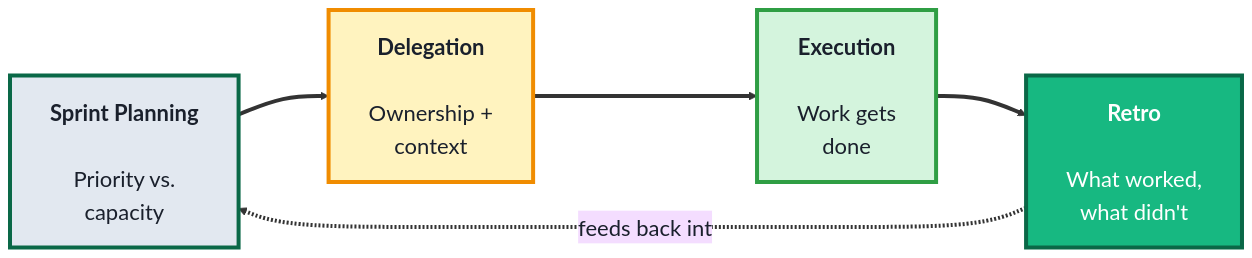
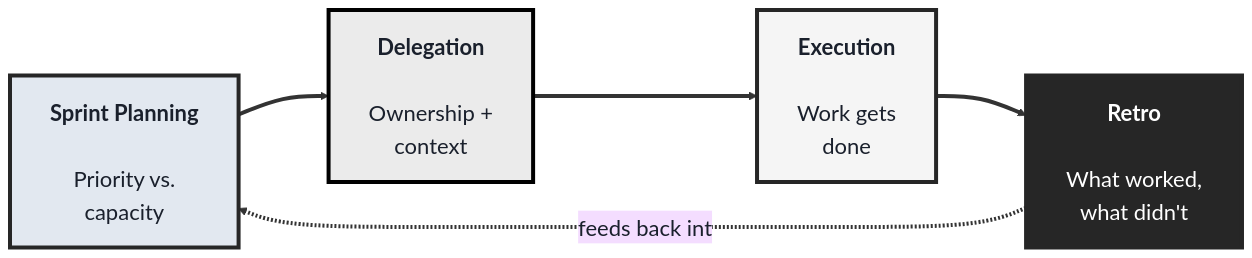
The third of 3 diagrams in src/Pages/courses/TechLeads/module-1-techleads-business-leadership.md (SHEMODELTECH/shemodeltech), drawn with Mermaid before and after one commit. The commit also changed 46 other files, not shown here.

````diff
--- a/src/Pages/courses/TechLeads/module-1-techleads-business-leadership.md
+++ b/src/Pages/courses/TechLeads/module-1-techleads-business-leadership.md
@@ -145,17 +145,17 @@
 ```mermaid
-%%{init: {'theme':'base', 'themeVariables': {'fontSize':'22px', 'primaryTextColor':'#1a202c', 'primaryBorderColor':'#0a6847', 'lineColor':'#333333'}, 'flowchart': {'nodeSpacing': 70, 'rankSpacing': 90, 'padding': 20}}}%%
+%%{init: {'theme':'base', 'themeVariables': {'fontSize':'22px', 'primaryTextColor':'#1a202c', 'primaryBorderColor':'#262626', 'lineColor':'#333333'}, 'flowchart': {'nodeSpacing': 70, 'rankSpacing': 90, 'padding': 20}}}%%
 flowchart LR
     PLAN["<b>Sprint Planning</b><br/><br/>Priority vs.<br/>capacity"]
     DEL["<b>Delegation</b><br/><br/>Ownership +<br/>context"]
     EXEC["<b>Execution</b><br/><br/>Work gets<br/>done"]
     RETRO["<b>Retro</b><br/><br/>What worked,<br/>what didn't"]
 
     PLAN ==> DEL ==> EXEC ==> RETRO
     RETRO -.feeds back into.-> PLAN
 
-    style PLAN fill:#e2e8f0,color:#1a202c,stroke:#0a6847,stroke-width:4px
-    style DEL fill:#fff3bf,color:#1a202c,stroke:#f08c00,stroke-width:4px
-    style EXEC fill:#d4f4dd,color:#1a202c,stroke:#2f9e44,stroke-width:4px
-    style RETRO fill:#17b881,color:#fff,stroke:#0a6847,stroke-width:4px
+    style PLAN fill:#e2e8f0,color:#1a202c,stroke:#262626,stroke-width:4px
+    style DEL fill:#EBEBEB,color:#1a202c,stroke:#000000,stroke-width:4px
+    style EXEC fill:#F5F5F5,color:#1a202c,stroke:#262626,stroke-width:4px
+    style RETRO fill:#262626,color:#fff,stroke:#262626,stroke-width:4px
     linkStyle default stroke-width:4px,stroke:#333333
 ```
````
